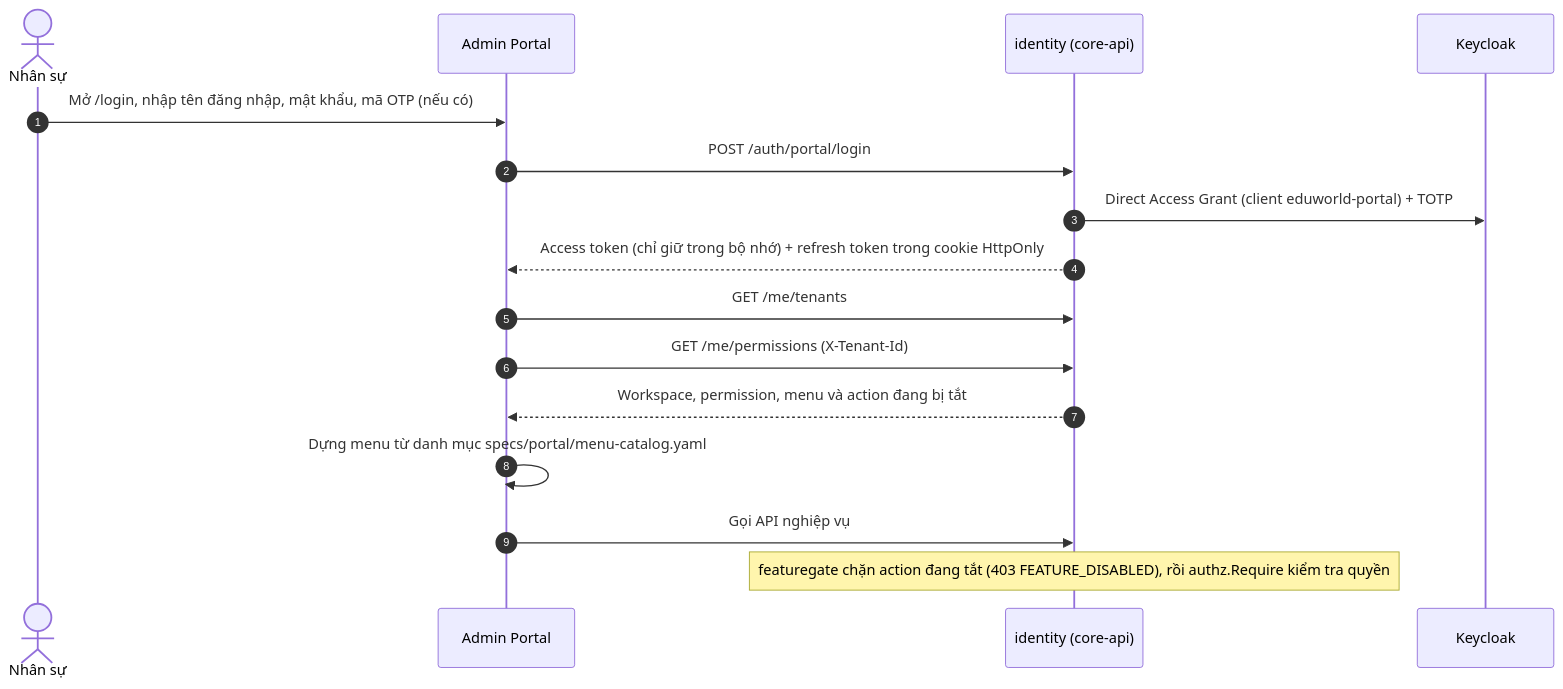
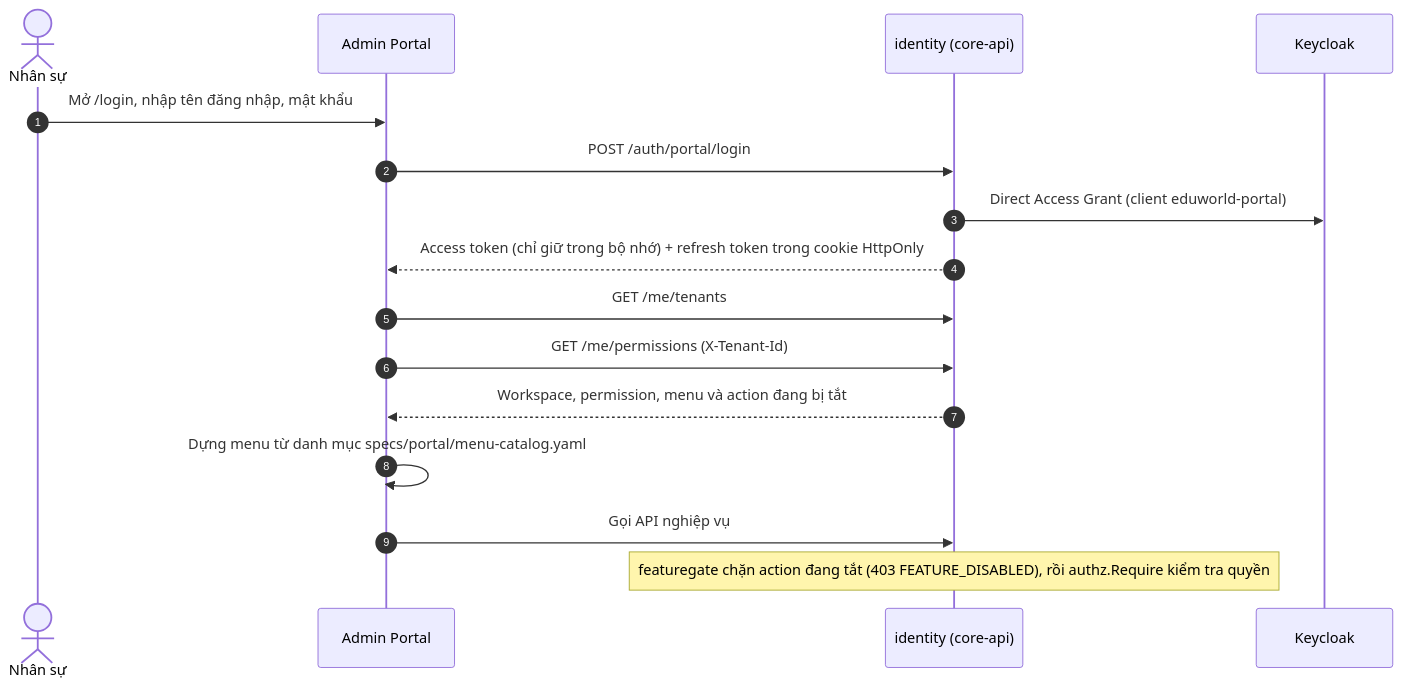
One commit to tanguyen2020/eduworld-platform changed the tenth of 11 diagrams in README.md. Above: the diagram before and after it, drawn with Mermaid. The commit also changed other lines of this file and 242 other files, not shown here.

First line of the commit message:
feat(identity): remove MFA (TOTP) from the Admin Portal login (ADR-0094)

````diff
--- a/README.md
+++ b/README.md
@@ -346,18 +346,18 @@
 ```mermaid
 sequenceDiagram
   autonumber
   actor NS as Nhân sự
   participant AP as Admin Portal
   participant ID as identity (core-api)
   participant KC as Keycloak
-  NS->>AP: Mở /login, nhập tên đăng nhập, mật khẩu, mã OTP (nếu có)
+  NS->>AP: Mở /login, nhập tên đăng nhập, mật khẩu
   AP->>ID: POST /auth/portal/login
-  ID->>KC: Direct Access Grant (client eduworld-portal) + TOTP
+  ID->>KC: Direct Access Grant (client eduworld-portal)
   ID-->>AP: Access token (chỉ giữ trong bộ nhớ) + refresh token trong cookie HttpOnly
   AP->>ID: GET /me/tenants
   AP->>ID: GET /me/permissions (X-Tenant-Id)
   ID-->>AP: Workspace, permission, menu và action đang bị tắt
   AP->>AP: Dựng menu từ danh mục specs/portal/menu-catalog.yaml
   AP->>ID: Gọi API nghiệp vụ
   Note over ID: featuregate chặn action đang tắt (403 FEATURE_DISABLED), rồi authz.Require kiểm tra quyền
 ```
````
